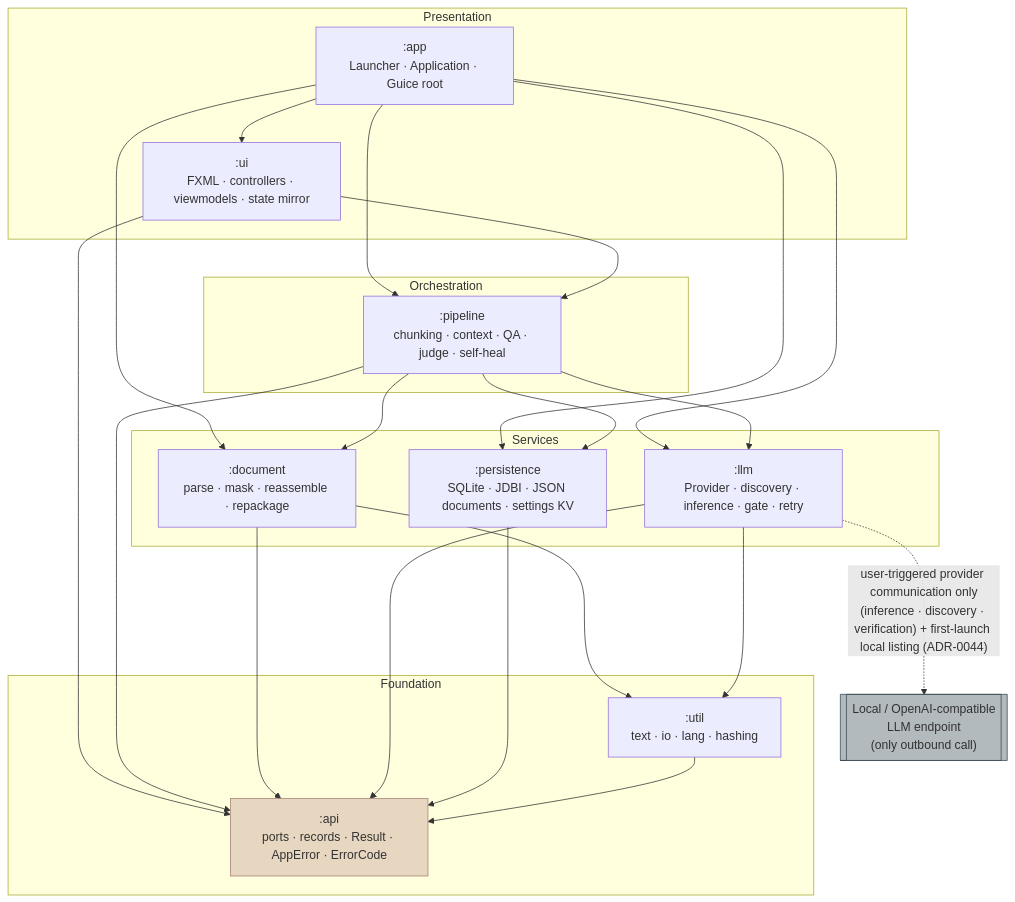
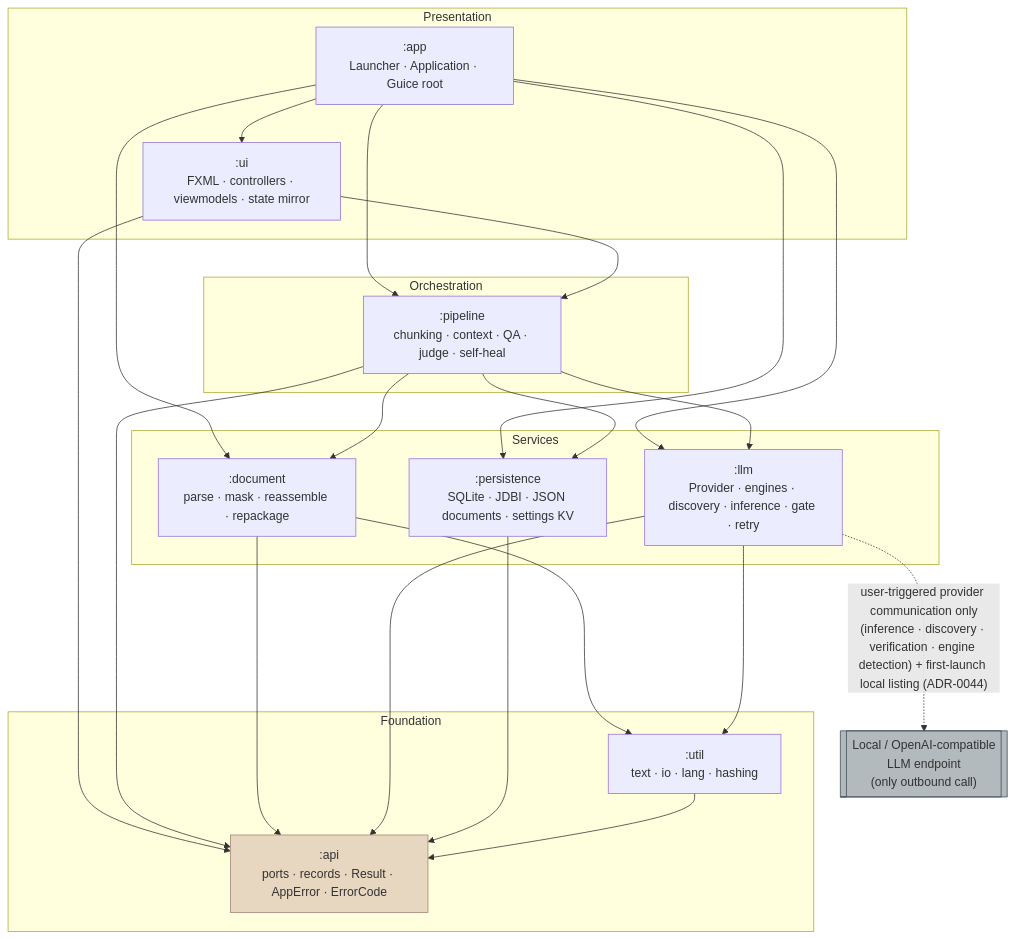
The diagram in docs/specification/02_Architecture/01_SYSTEM_ARCHITECTURE.md (sanyokkua/book_loom), drawn with Mermaid before and after one commit. The commit also changed other lines of this file and 44 other files, not shown here.

Commit message:
fix(llm,api,ui): group 5 review fixes (first-launch engine from rows, detected engine for models stage, /props only on 200, 7 GETs, gpt-oss thinking check, cap-ignored vs sent request); spec clauses updated for the engine layer

````diff
--- a/docs/specification/02_Architecture/01_SYSTEM_ARCHITECTURE.md
+++ b/docs/specification/02_Architecture/01_SYSTEM_ARCHITECTURE.md
@@ -81,42 +83,42 @@
 ```mermaid
 flowchart TD
     subgraph Presentation
         APP[":app<br/>Launcher · Application · Guice root"]
         UI[":ui<br/>FXML · controllers · viewmodels · state mirror"]
     end
     subgraph Orchestration
         PIPE[":pipeline<br/>chunking · context · QA · judge · self-heal"]
     end
     subgraph Services
         DOC[":document<br/>parse · mask · reassemble · repackage"]
-        LLM[":llm<br/>Provider · discovery · inference · gate · retry"]
+        LLM[":llm<br/>Provider · engines · discovery · inference · gate · retry"]
         PERS[":persistence<br/>SQLite · JDBI · JSON documents · settings KV"]
     end
     subgraph Foundation
         API[":api<br/>ports · records · Result · AppError · ErrorCode"]
         UTIL[":util<br/>text · io · lang · hashing"]
     end
     EXT[["Local / OpenAI-compatible<br/>LLM endpoint<br/>(only outbound call)"]]
 
     APP --> UI
     APP --> PIPE
     APP --> DOC
     APP --> LLM
     APP --> PERS
     UI --> PIPE
     UI --> API
     PIPE --> DOC
     PIPE --> LLM
     PIPE --> PERS
     PIPE --> API
     DOC --> API
     DOC --> UTIL
     LLM --> API
     LLM --> UTIL
     PERS --> API
     UTIL --> API
-    LLM -. "user-triggered provider communication only<br/>(inference · discovery · verification) + first-launch local listing (ADR-0044)" .-> EXT
+    LLM -. "user-triggered provider communication only<br/>(inference · discovery · verification · engine detection) + first-launch local listing (ADR-0044)" .-> EXT
 
     style API fill:#e7d6c0,stroke:#a58075
     style EXT fill:#b2babd,stroke:#3a4a52
 ```
````
